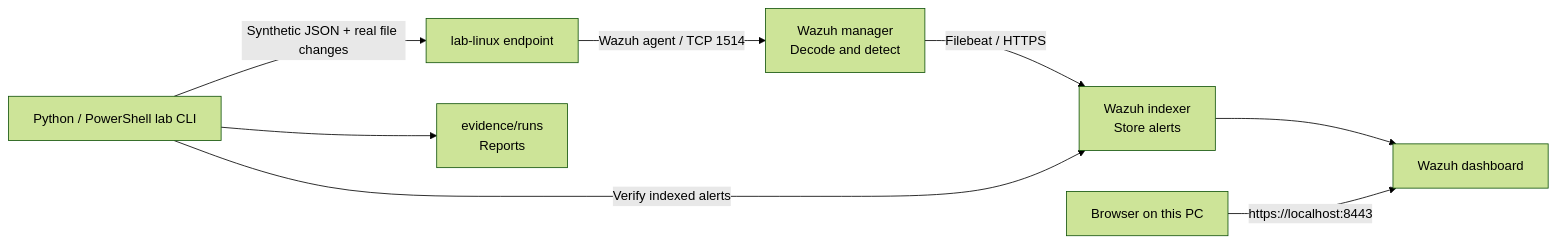
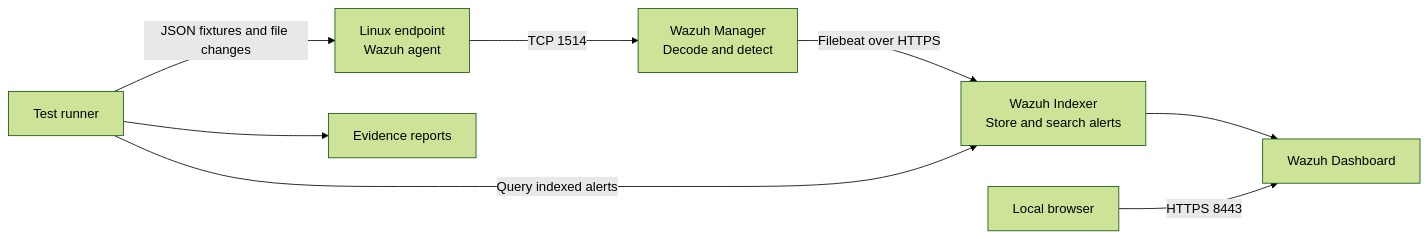
One commit to DickaRaditya/SIEM-HOMELAB changed the diagram in README.md. Above: the diagram before and after it, drawn with Mermaid (forest theme). The commit also changed other lines of this file and 13 other files, not shown here.

````diff
--- a/README.md
+++ b/README.md
@@ -32,10 +44,10 @@
 ```mermaid
 flowchart LR
-    T[Python / PowerShell lab CLI] -->|Synthetic JSON + real file changes| E[lab-linux endpoint]
-    E -->|Wazuh agent / TCP 1514| M[Wazuh manager\nDecode and detect]
-    M -->|Filebeat / HTTPS| I[Wazuh indexer\nStore alerts]
-    I --> D[Wazuh dashboard]
-    B[Browser on this PC] -->|https://localhost:8443| D
-    T -->|Verify indexed alerts| I
-    T --> R[evidence/runs\nReports]
+    T["Test runner"] -->|JSON fixtures and file changes| E["Linux endpoint<br/>Wazuh agent"]
+    E -->|TCP 1514| M["Wazuh Manager<br/>Decode and detect"]
+    M -->|Filebeat over HTTPS| I["Wazuh Indexer<br/>Store and search alerts"]
+    I --> D["Wazuh Dashboard"]
+    B["Local browser"] -->|HTTPS 8443| D
+    T -->|Query indexed alerts| I
+    T --> R["Evidence reports"]
 ```
````
